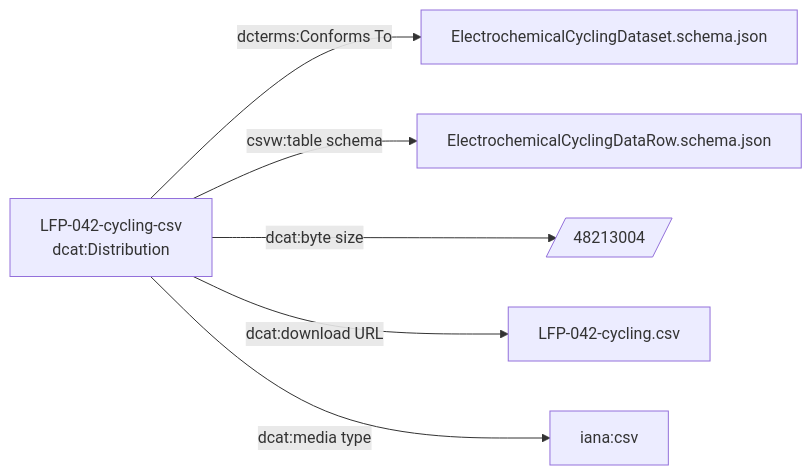
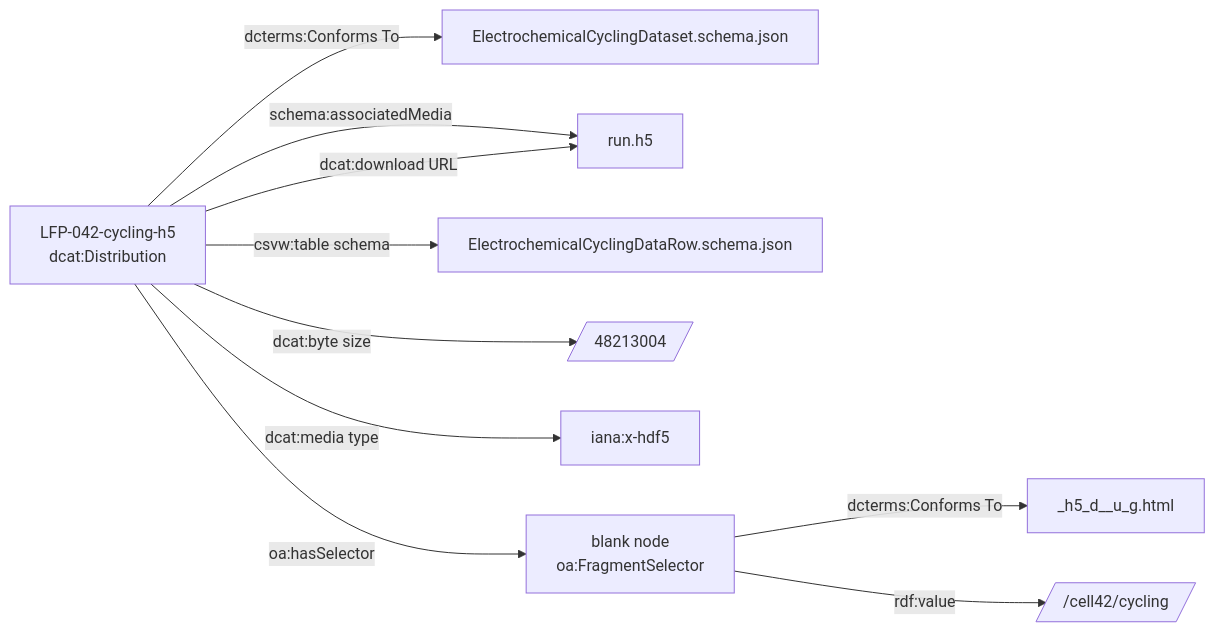
One commit to OO-LD/oold-reference-schemas changed the diagram in generated/datasets/Distribution.consensus.mmd. Above: the diagram before and after it, drawn with Mermaid. The commit also changed 14 other files, not shown here.

```diff
--- a/generated/datasets/Distribution.consensus.mmd
+++ b/generated/datasets/Distribution.consensus.mmd
@@ -1,12 +1,19 @@
 flowchart LR
-  n0["LFP-042-cycling-csv<br>dcat:Distribution"]
+  n0["LFP-042-cycling-h5<br>dcat:Distribution"]
   n1["ElectrochemicalCyclingDataset.schema.json"]
-  n2["ElectrochemicalCyclingDataRow.schema.json"]
-  n3[/"48213004"/]
-  n4["LFP-042-cycling.csv"]
-  n5["iana:csv"]
+  n2["run.h5"]
+  n3["ElectrochemicalCyclingDataRow.schema.json"]
+  n4[/"48213004"/]
+  n5["iana:x-hdf5"]
+  n6["blank node<br>oa:FragmentSelector"]
+  n7["_h5_d__u_g.html"]
+  n8[/"/cell42/cycling"/]
   n0 -->|dcterms:Conforms To| n1
-  n0 -->|csvw:table schema| n2
-  n0 -->|dcat:byte size| n3
-  n0 -->|dcat:download URL| n4
+  n0 -->|schema:associatedMedia| n2
+  n0 -->|csvw:table schema| n3
+  n0 -->|dcat:byte size| n4
+  n0 -->|dcat:download URL| n2
   n0 -->|dcat:media type| n5
+  n0 -->|oa:hasSelector| n6
+  n6 -->|dcterms:Conforms To| n7
+  n6 -->|rdf:value| n8
```
